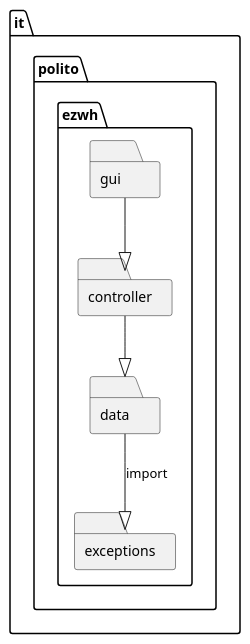
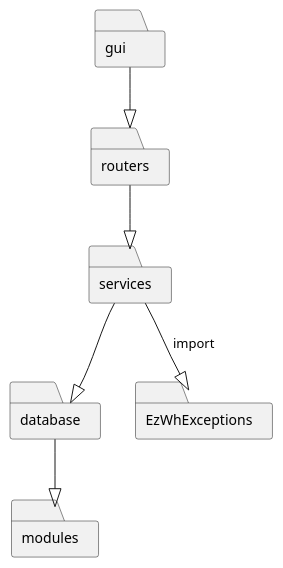
One commit to giuseppe-dandrea/EzWh changed the first of 12 diagrams in DesignDocument.md. Above: the diagram before and after it, drawn with PlantUML. The commit also changed other lines of this file and 3 other files, not shown here.

````diff
--- a/DesignDocument.md
+++ b/DesignDocument.md
@@ -22,18 +22,27 @@
 ```plantuml
-package it.polito.ezwh.controller <<Folder>>{
+package routers <<Folder>>{
 
 }
-package it.polito.ezwh.gui <<Folder>>{
+package gui <<Folder>>{
 
 }
-package it.polito.ezwh.data <<Folder>>{
+package services <<Folder>>{
+
+}
+package database <<Folder>>{
 
 
 }
-package it.polito.ezwh.exceptions <<Folder>>{
+package modules <<Folder>>{
+
 
 }
-it.polito.ezwh.gui --|> it.polito.ezwh.controller
-it.polito.ezwh.controller --|> it.polito.ezwh.data
-it.polito.ezwh.data --|> it.polito.ezwh.exceptions : import
+package EzWhExceptions <<Folder>>{
+
+}
+gui --|> routers
+routers --|> services
+services --|> database
+database --|> modules
+services --|> EzWhExceptions : import
 ```
````
